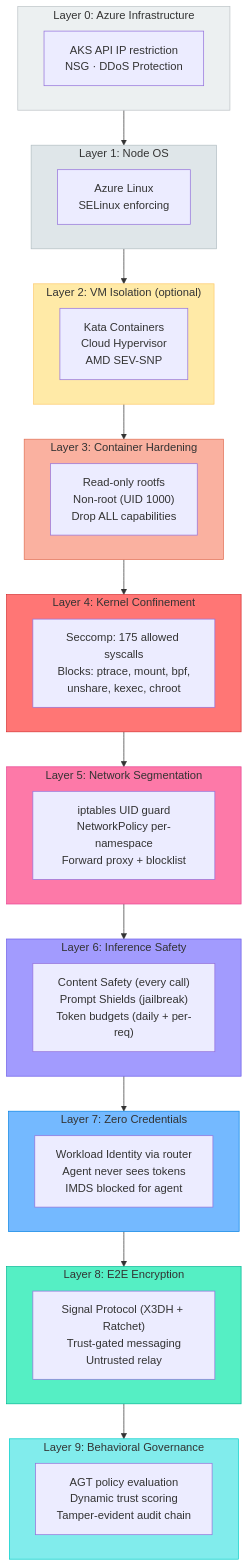
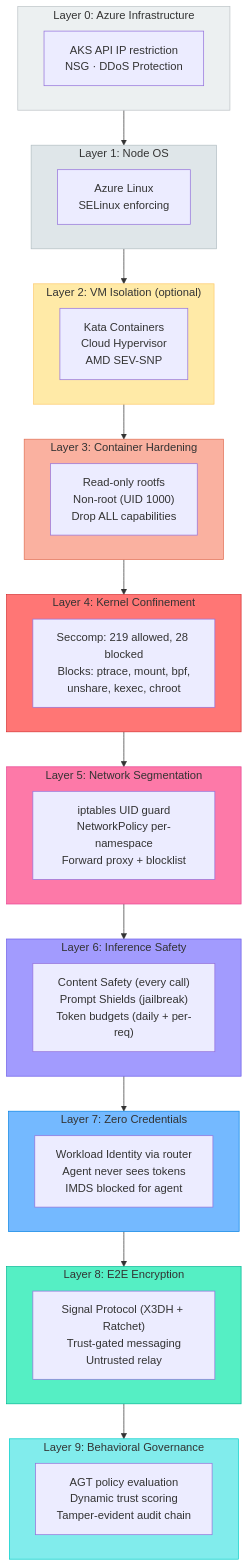
Diagram 13 of 25 in docs/architecture-diagrams.md (Azure/kars), drawn with Mermaid before and after one commit. The commit also changed 15 other files, not shown here.

````diff
--- a/docs/architecture-diagrams.md
+++ b/docs/architecture-diagrams.md
@@ -504,55 +504,55 @@
 ```mermaid
 graph TB
     subgraph L0["Layer 0: Azure Infrastructure"]
         AKS_SEC["AKS API IP restriction<br/>NSG · DDoS Protection"]
     end
 
     subgraph L1["Layer 1: Node OS"]
         OS["Azure Linux<br/>SELinux enforcing"]
     end
 
     subgraph L2["Layer 2: VM Isolation (optional)"]
         KATA["Kata Containers<br/>Cloud Hypervisor<br/>AMD SEV-SNP"]
     end
 
     subgraph L3["Layer 3: Container Hardening"]
         CH["Read-only rootfs<br/>Non-root (UID 1000)<br/>Drop ALL capabilities"]
     end
 
     subgraph L4["Layer 4: Kernel Confinement"]
-        SECC["Seccomp: 175 allowed syscalls<br/>Blocks: ptrace, mount, bpf,<br/>unshare, kexec, chroot"]
+        SECC["Seccomp: 219 allowed, 28 blocked<br/>Blocks: ptrace, mount, bpf,<br/>unshare, kexec, chroot"]
     end
 
     subgraph L5["Layer 5: Network Segmentation"]
         NET["iptables UID guard<br/>NetworkPolicy per-namespace<br/>Forward proxy + blocklist"]
     end
 
     subgraph L6["Layer 6: Inference Safety"]
         INF["Content Safety (every call)<br/>Prompt Shields (jailbreak)<br/>Token budgets (daily + per-req)"]
     end
 
     subgraph L7["Layer 7: Zero Credentials"]
         CRED["Workload Identity via router<br/>Agent never sees tokens<br/>IMDS blocked for agent"]
     end
 
     subgraph L8["Layer 8: E2E Encryption"]
         E2E["Signal Protocol (X3DH + Ratchet)<br/>Trust-gated messaging<br/>Untrusted relay"]
     end
 
     subgraph L9["Layer 9: Behavioral Governance"]
         GOV["AGT policy evaluation<br/>Dynamic trust scoring<br/>Tamper-evident audit chain"]
     end
 
     L0 --> L1 --> L2 --> L3 --> L4 --> L5 --> L6 --> L7 --> L8 --> L9
 
     style L0 fill:#ecf0f1,stroke:#bdc3c7
     style L1 fill:#dfe6e9,stroke:#b2bec3
     style L2 fill:#ffeaa7,stroke:#fdcb6e
     style L3 fill:#fab1a0,stroke:#e17055
     style L4 fill:#ff7675,stroke:#d63031
     style L5 fill:#fd79a8,stroke:#e84393
     style L6 fill:#a29bfe,stroke:#6c5ce7
     style L7 fill:#74b9ff,stroke:#0984e3
     style L8 fill:#55efc4,stroke:#00b894
     style L9 fill:#81ecec,stroke:#00cec9
 ```
````
